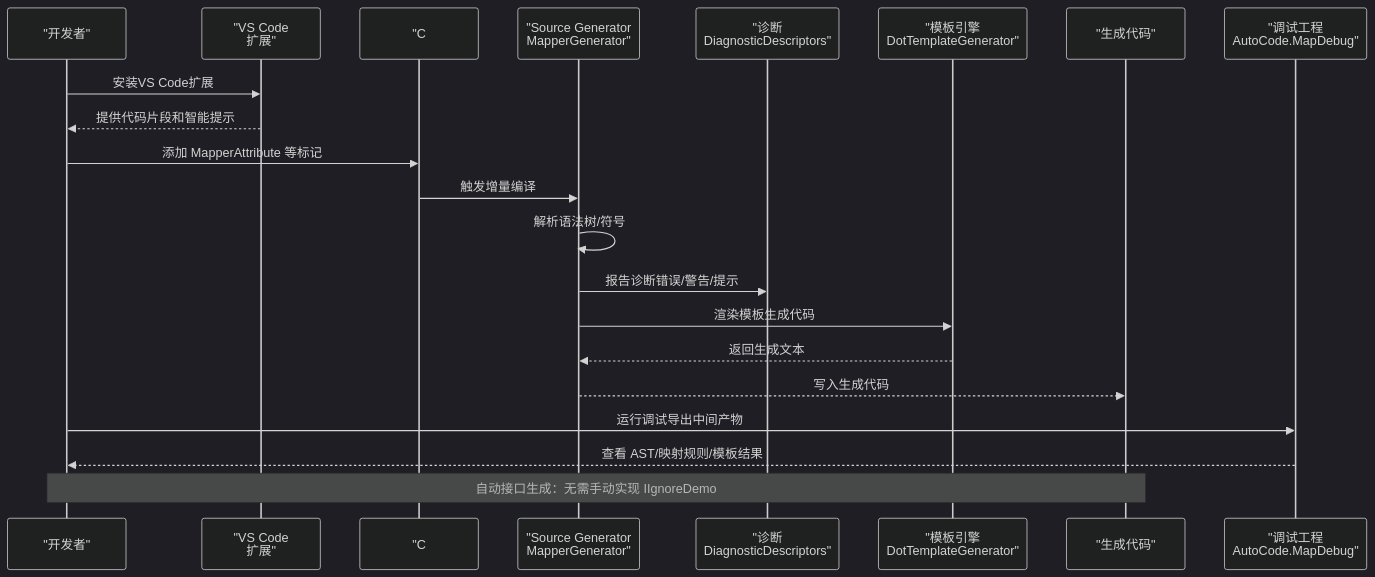
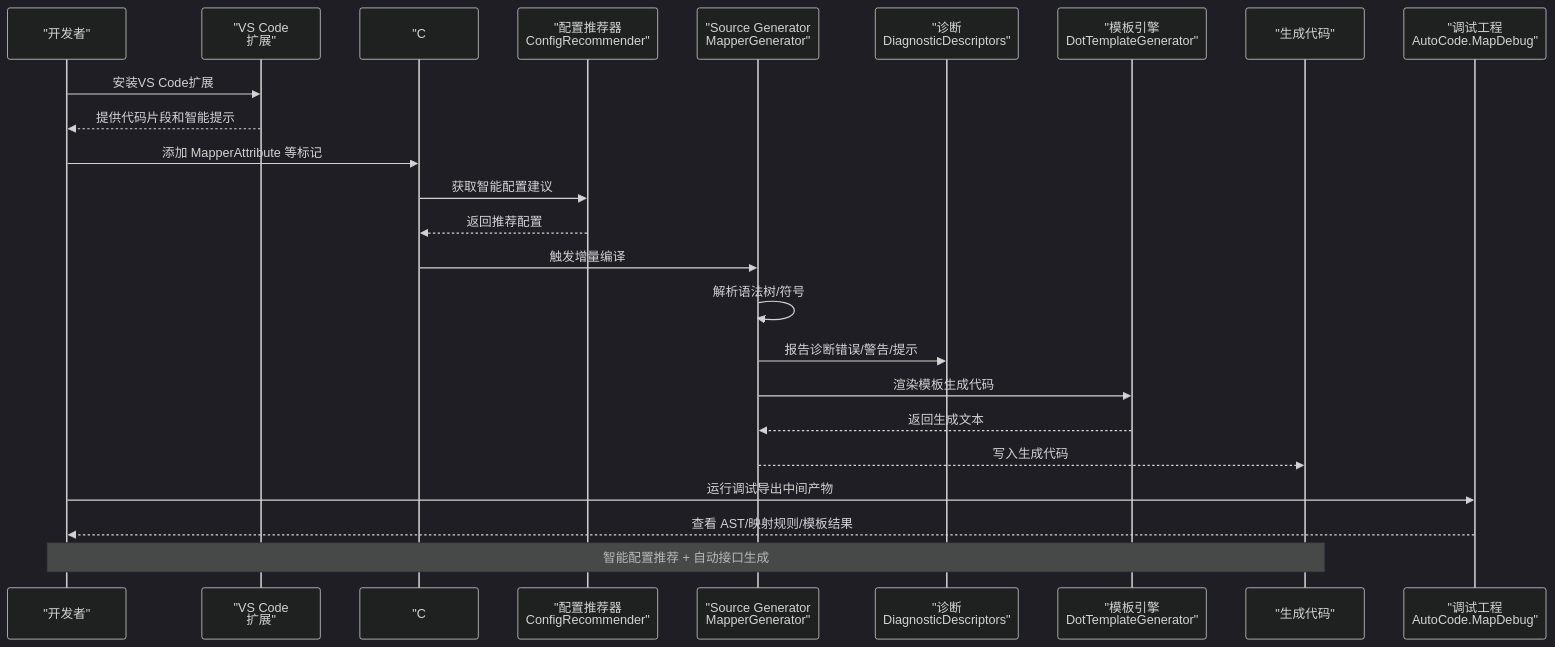
Before and after one commit to alivy/AutoCode: the second of 4 diagrams in .qoder/repowiki/zh/content/调试与诊断/调试与诊断.md, drawn with Mermaid (dark theme). The commit also changed other lines of this file and 53 other files, not shown here.

````diff
--- a/.qoder/repowiki/zh/content/调试与诊断/调试与诊断.md
+++ b/.qoder/repowiki/zh/content/调试与诊断/调试与诊断.md
@@ -159,23 +175,26 @@
 ```mermaid
 sequenceDiagram
 participant Dev as "开发者"
 participant VSCode as "VS Code<br/>扩展"
 participant CSProj as "C# 项目"
+participant ConfigRec as "配置推荐器<br/>ConfigRecommender"
 participant SG as "Source Generator<br/>MapperGenerator"
 participant Diag as "诊断<br/>DiagnosticDescriptors"
 participant Tpl as "模板引擎<br/>DotTemplateGenerator"
 participant Out as "生成代码"
 participant Debug as "调试工程<br/>AutoCode.MapDebug"
 Dev->>VSCode : 安装VS Code扩展
 VSCode-->>Dev : 提供代码片段和智能提示
 Dev->>CSProj : 添加 MapperAttribute 等标记
+CSProj->>ConfigRec : 获取智能配置建议
+ConfigRec-->>CSProj : 返回推荐配置
 CSProj->>SG : 触发增量编译
 SG->>SG : 解析语法树/符号
 SG->>Diag : 报告诊断错误/警告/提示
 SG->>Tpl : 渲染模板生成代码
 Tpl-->>SG : 返回生成文本
 SG-->>Out : 写入生成代码
 Dev->>Debug : 运行调试导出中间产物
 Debug-->>Dev : 查看 AST/映射规则/模板结果
-Note over Dev,Out : 自动接口生成：无需手动实现 IIgnoreDemo
+Note over Dev,Out : 智能配置推荐 + 自动接口生成
 ```
````
